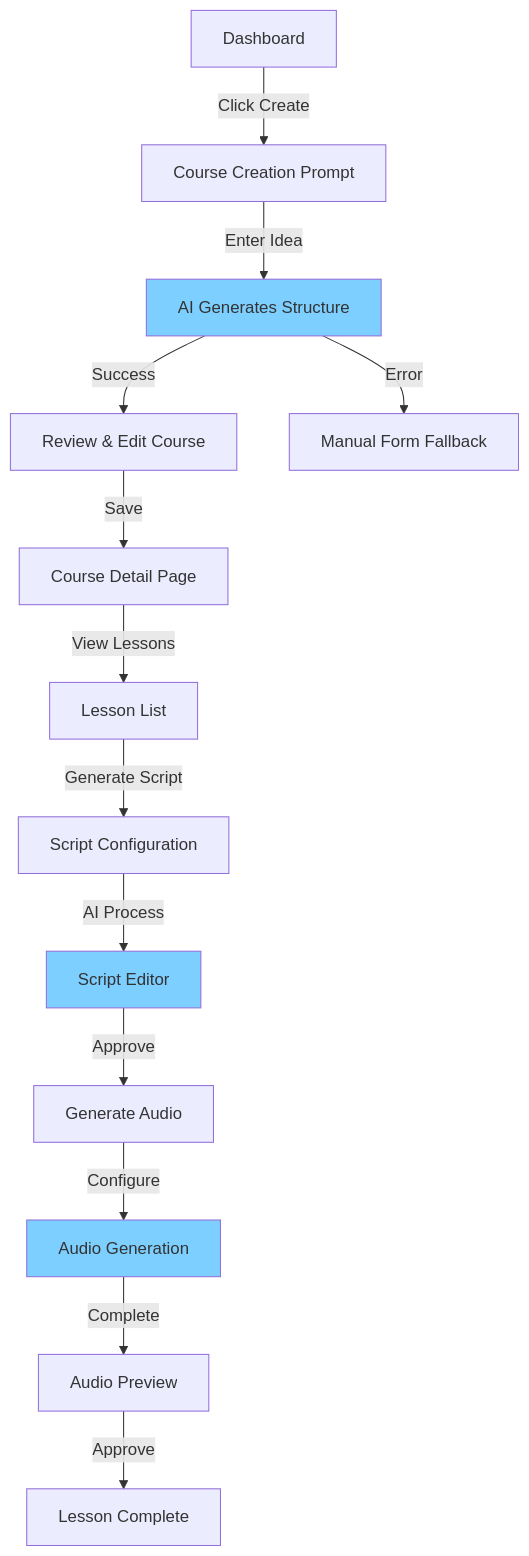
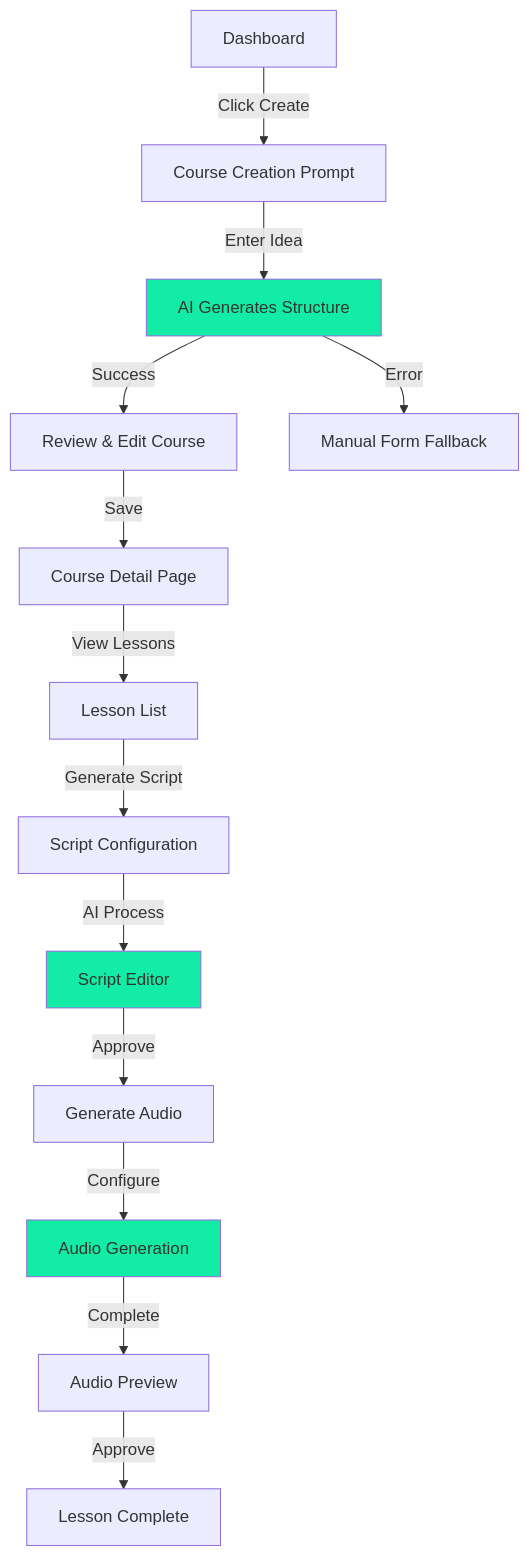
One commit to fariassdev/senda-cms changed the diagram in docs/ux-design-specification.md. Above: the diagram before and after it, drawn with Mermaid. The commit also changed other lines of this file and 26 other files, not shown here.

````diff
--- a/docs/ux-design-specification.md
+++ b/docs/ux-design-specification.md
@@ -586,19 +612,19 @@
 ```mermaid
 graph TD
     A[Dashboard] -->|Click Create| B[Course Creation Prompt]
     B -->|Enter Idea| C[AI Generates Structure]
     C -->|Success| D[Review & Edit Course]
     C -->|Error| E[Manual Form Fallback]
     D -->|Save| F[Course Detail Page]
     F -->|View Lessons| G[Lesson List]
     G -->|Generate Script| H[Script Configuration]
     H -->|AI Process| I[Script Editor]
     I -->|Approve| J[Generate Audio]
     J -->|Configure| K[Audio Generation]
     K -->|Complete| L[Audio Preview]
     L -->|Approve| M[Lesson Complete]
 
-    style C fill:#7dcfff
-    style I fill:#7dcfff
-    style K fill:#7dcfff
+    style C fill:#13ECA4
+    style I fill:#13ECA4
+    style K fill:#13ECA4
 ```
````
